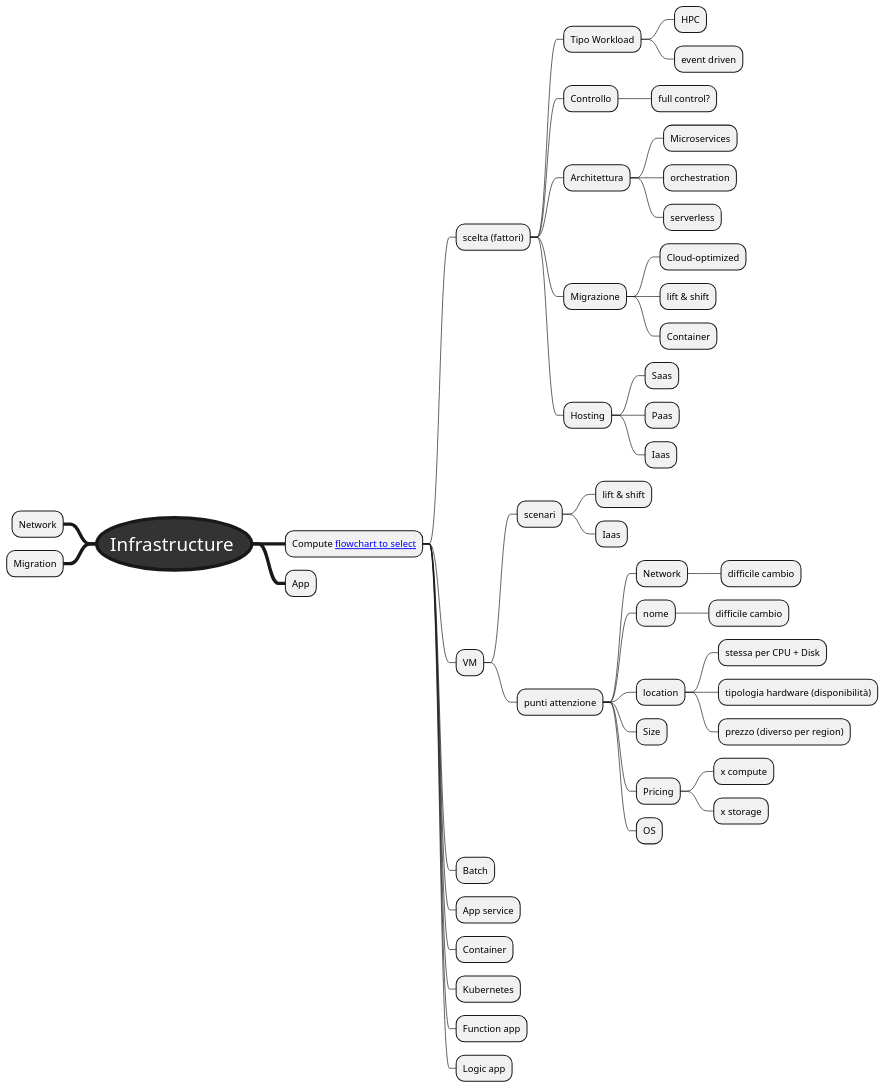
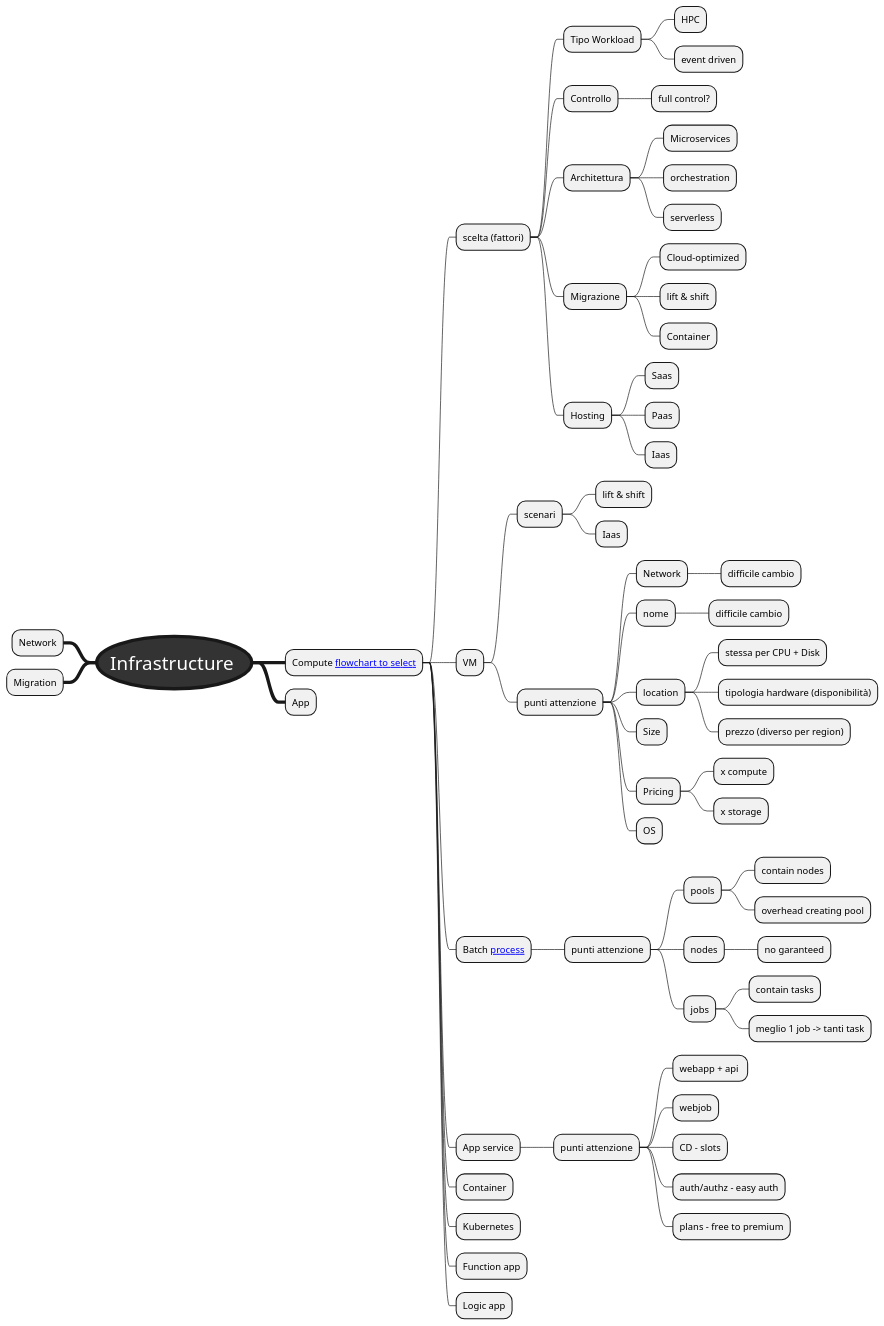
Before and after one commit to andrearicossa/az-305: the diagram in mindmaps/az-305-infrastructure.puml, drawn with PlantUML.

```diff
--- a/mindmaps/az-305-infrastructure.puml
+++ b/mindmaps/az-305-infrastructure.puml
@@ -1,71 +1,86 @@
 @startmindmap
 <style>
 mindmapDiagram {
     .root {
         BackgroundColor #333333
         FontColor #FFFFFF
         RoundCorner 2000
         FontSize 28
         Padding 20
         LineThickness 5
     }
     .green * {
         BackgroundColor lightgreen
     }
     .rose * {
         BackgroundColor #FFBBCC
     }
     .blue * {
         BackgroundColor lightblue
     }    
 }
 </style>
 * Infrastructure <<root>>
     * Compute [[https://learn.microsoft.com/en-us/azure/architecture/guide/technology-choices/images/compute-choices.svg flowchart to select]]
         * scelta (fattori)
             * Tipo Workload
                 * HPC
                 * event driven
             * Controllo
                 * full control?
             * Architettura
                 * Microservices
                 * orchestration
                 * serverless
             * Migrazione
                 * Cloud-optimized
                 * lift & shift
                 * Container
             * Hosting
                 * Saas
                 * Paas
                 * Iaas
         * VM
             * scenari
                 * lift & shift
                 * Iaas
             * punti attenzione
                 * Network
                     * difficile cambio
                 * nome
                     * difficile cambio
                 * location
                     * stessa per CPU + Disk
                     * tipologia hardware (disponibilità)
                     * prezzo (diverso per region)
                 * Size
                 * Pricing
                     * x compute
                     * x storage
                 * OS
-        * Batch
+        * Batch [[https://learn.microsoft.com/en-us/training/wwl-azure/design-compute-solution/media/azure-batch.png process]]
+            * punti attenzione
+                * pools
+                    * contain nodes
+                    * overhead creating pool
+                * nodes
+                    * no garanteed
+                * jobs
+                    * contain tasks
+                    * meglio 1 job -> tanti task
         * App service
+            * punti attenzione
+                * webapp + api 
+                * webjob
+                * CD - slots
+                * auth/authz - easy auth
+                * plans - free to premium
         * Container
         * Kubernetes
         * Function app
         * Logic app
     * App
 left side
     * Network
     * Migration
 @endmindmap
```
